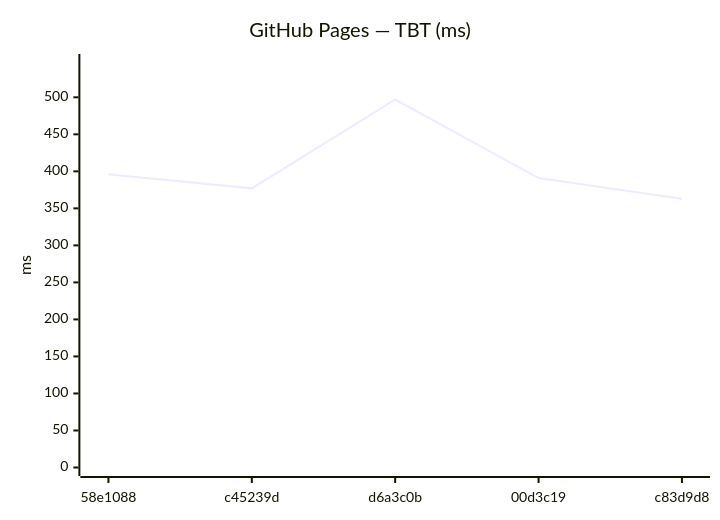
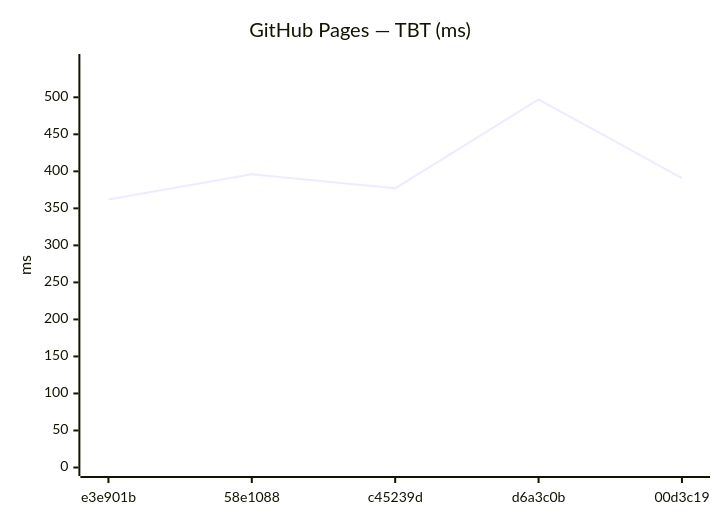
The tenth of 18 diagrams in benchmarks/compare.md (Metaheurist/Rianell), drawn with Mermaid before and after one commit. The commit also changed other lines of this file and 11 other files, not shown here.

````diff
--- a/benchmarks/compare.md
+++ b/benchmarks/compare.md
@@ -149,7 +149,7 @@
 ```mermaid
 xychart-beta
     title "GitHub Pages — TBT (ms)"
-    x-axis ["58e1088", "c45239d", "d6a3c0b", "00d3c19", "c83d9d8"]
+    x-axis ["e3e901b", "58e1088", "c45239d", "d6a3c0b", "00d3c19"]
     y-axis "ms" 0 --> 547
-    line [396, 377, 497, 391, 363]
+    line [362, 396, 377, 497, 391]
 ```
````
